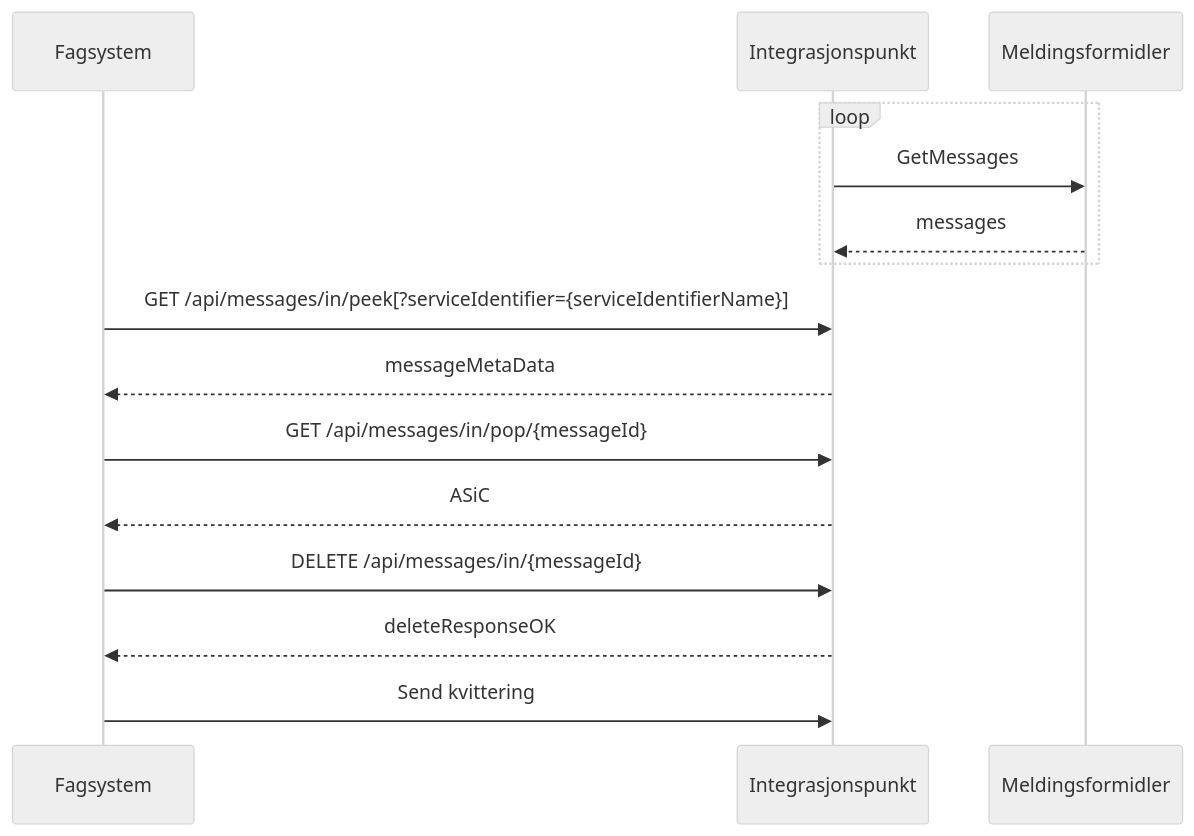
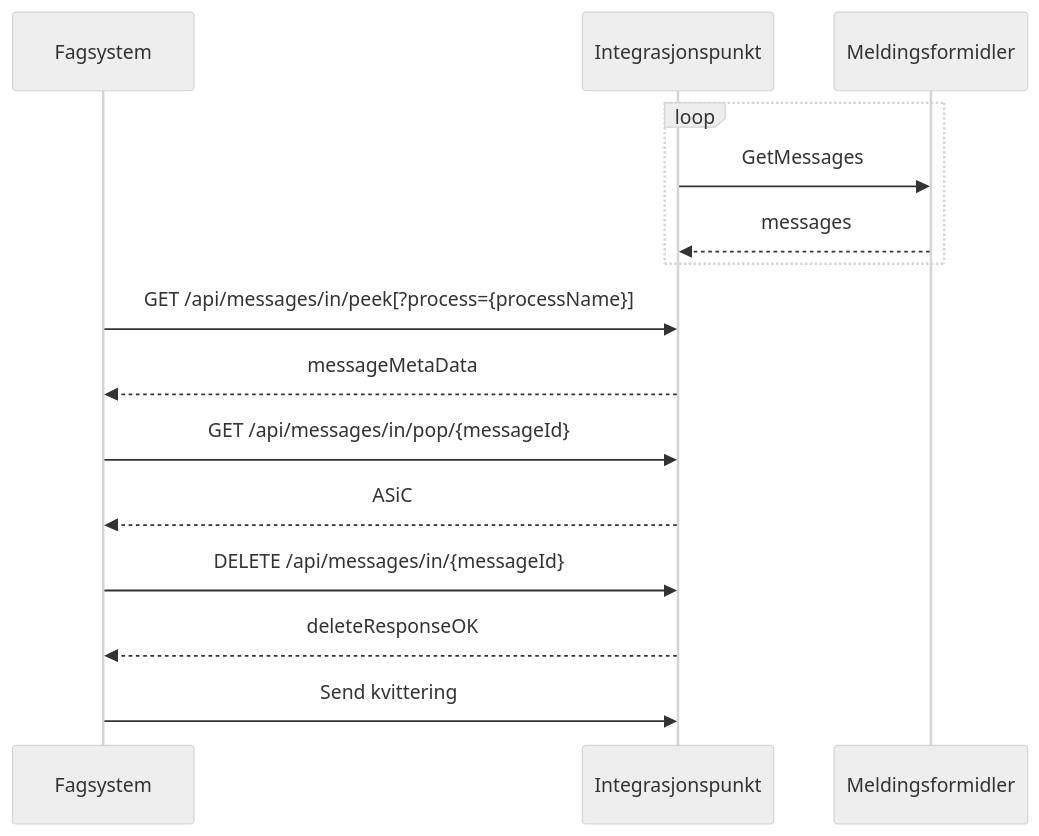
One commit to felleslosninger/docs changed the third of 3 diagrams in _docs/eFormidling/Teknisk_informasjon/meldingsflyt.md. Above: the diagram before and after it, drawn with Mermaid (neutral theme).

Commit message:
reverting to process instead of SI

```diff
--- a/_docs/eFormidling/Teknisk_informasjon/meldingsflyt.md
+++ b/_docs/eFormidling/Teknisk_informasjon/meldingsflyt.md
@@ -96,21 +96,21 @@
 <div class="mermaid">
 
 sequenceDiagram
     participant fs as Fagsystem
     participant ip as Integrasjonspunkt
     participant mf  as Meldingsformidler
 
     loop
         ip->>mf: GetMessages
         mf-->>ip: messages
     end
     
-    fs->>ip: GET /api/messages/in/peek[?serviceIdentifier={serviceIdentifierName}]
+    fs->>ip: GET /api/messages/in/peek[?process={processName}]
     ip-->>fs: messageMetaData
     fs->>ip: GET /api/messages/in/pop/{messageId}
     ip-->>fs: ASiC
     fs->>ip: DELETE /api/messages/in/{messageId}
     ip-->>fs: deleteResponseOK
     fs->>ip: Send kvittering
 
 </div>
```
